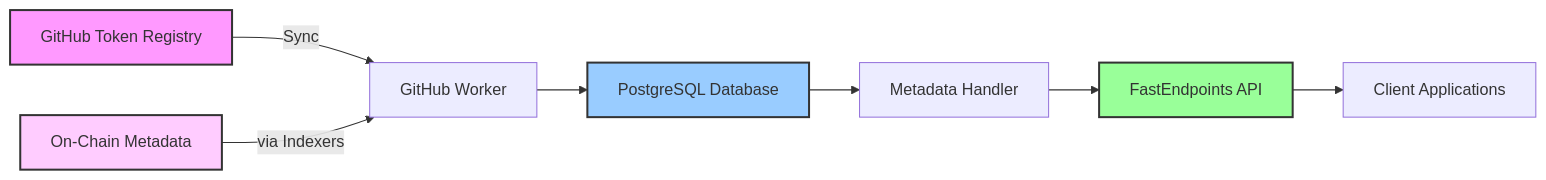
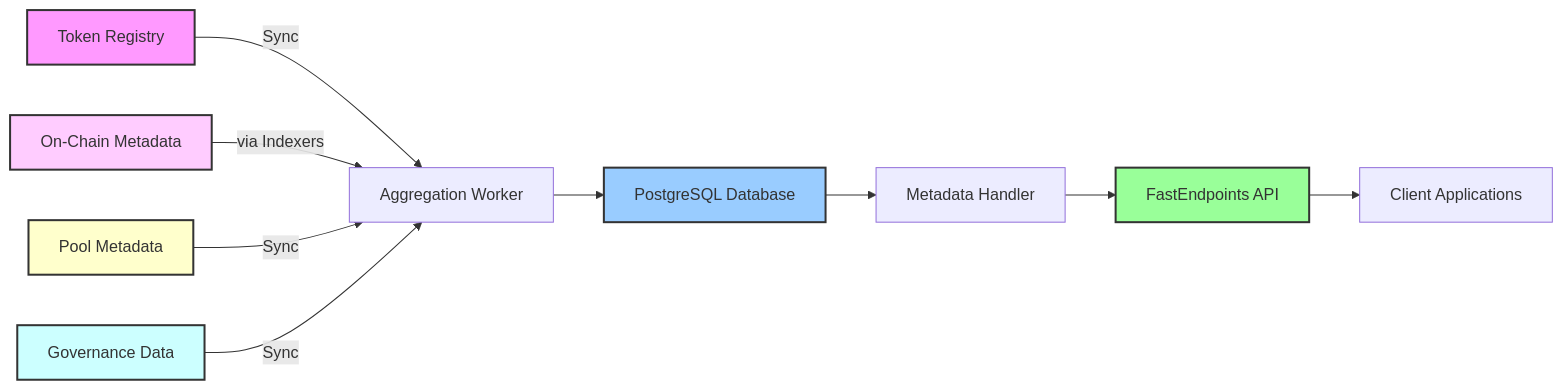
The diagram in README.md (SAIB-Inc/COMP), drawn with Mermaid before and after one commit. The commit also changed other lines of this file, not shown here.

Commit message:
refactor: enhance README with additional badges, improved project overview, and updated architecture details

````diff
--- a/README.md
+++ b/README.md
@@ -45,14 +52,18 @@
 ```mermaid
 graph LR
-    A[GitHub Token Registry] -->|Sync| B[GitHub Worker]
+    A[Token Registry] -->|Sync| B[Aggregation Worker]
     G[On-Chain Metadata] -->|via Indexers| B
+    H[Pool Metadata] -->|Sync| B
+    I[Governance Data] -->|Sync| B
     B --> C[PostgreSQL Database]
     C --> D[Metadata Handler]
     D --> E[FastEndpoints API]
     E --> F[Client Applications]
     
     style A fill:#f9f,stroke:#333,stroke-width:2px
     style G fill:#fcf,stroke:#333,stroke-width:2px
+    style H fill:#ffc,stroke:#333,stroke-width:2px
+    style I fill:#cff,stroke:#333,stroke-width:2px
     style C fill:#9cf,stroke:#333,stroke-width:2px
     style E fill:#9f9,stroke:#333,stroke-width:2px
 ```
````
